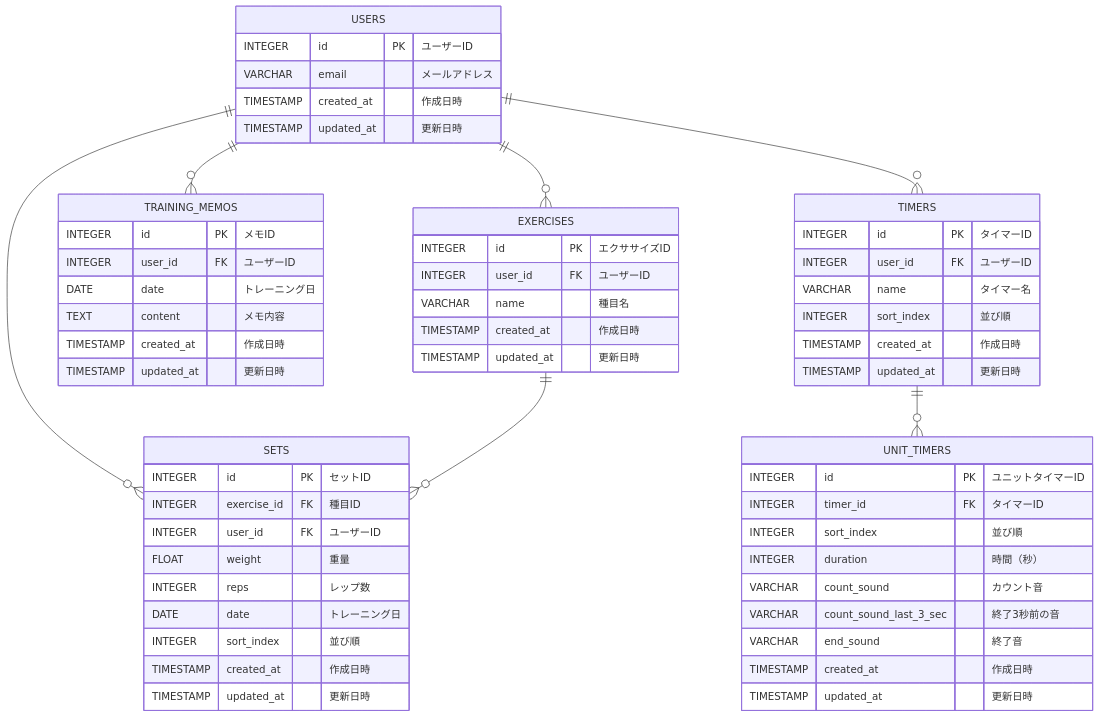
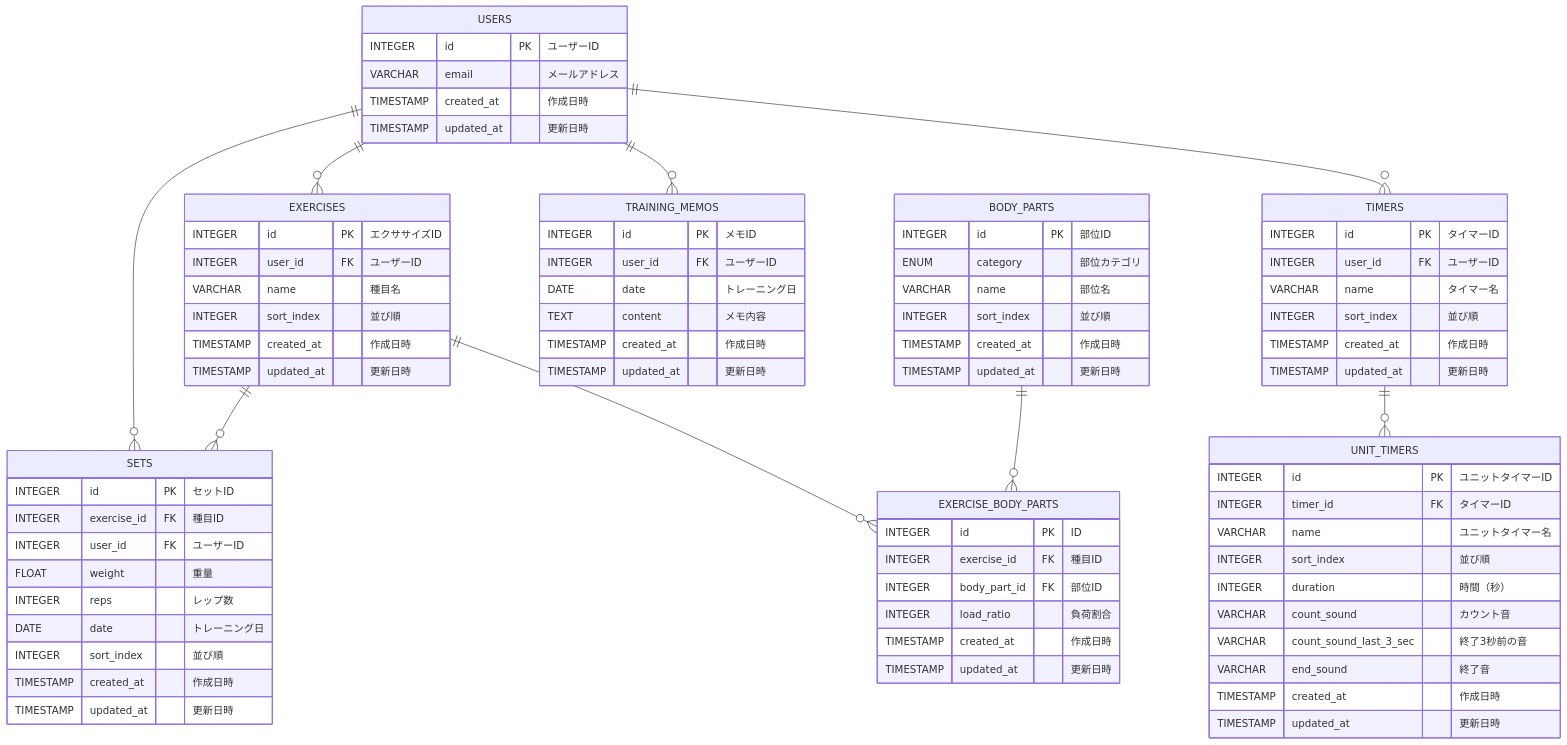
The diagram in docs/design/ER図.md (t-miura-024/lifro), drawn with Mermaid before and after one commit. The commit also changed 30 other files, not shown here.

````diff
--- a/docs/design/ER図.md
+++ b/docs/design/ER図.md
@@ -25,6 +25,25 @@
         INTEGER id PK "エクササイズID"
         INTEGER user_id FK "ユーザーID"
         VARCHAR name "種目名"
+        INTEGER sort_index "並び順"
+        TIMESTAMP created_at "作成日時"
+        TIMESTAMP updated_at "更新日時"
+    }
+
+    BODY_PARTS {
+        INTEGER id PK "部位ID"
+        ENUM category "部位カテゴリ"
+        VARCHAR name "部位名"
+        INTEGER sort_index "並び順"
+        TIMESTAMP created_at "作成日時"
+        TIMESTAMP updated_at "更新日時"
+    }
+
+    EXERCISE_BODY_PARTS {
+        INTEGER id PK "ID"
+        INTEGER exercise_id FK "種目ID"
+        INTEGER body_part_id FK "部位ID"
+        INTEGER load_ratio "負荷割合"
         TIMESTAMP created_at "作成日時"
         TIMESTAMP updated_at "更新日時"
     }
@@ -50,6 +69,7 @@
     UNIT_TIMERS {
         INTEGER id PK "ユニットタイマーID"
         INTEGER timer_id FK "タイマーID"
+        VARCHAR name "ユニットタイマー名"
         INTEGER sort_index "並び順"
         INTEGER duration "時間（秒）"
         VARCHAR count_sound "カウント音"
@@ -64,5 +84,7 @@
     USERS ||--o{ TRAINING_MEMOS : ""
     USERS ||--o{ TIMERS : ""
     EXERCISES ||--o{ SETS : ""
+    EXERCISES ||--o{ EXERCISE_BODY_PARTS : ""
+    BODY_PARTS ||--o{ EXERCISE_BODY_PARTS : ""
     TIMERS ||--o{ UNIT_TIMERS : ""
 ```
````
